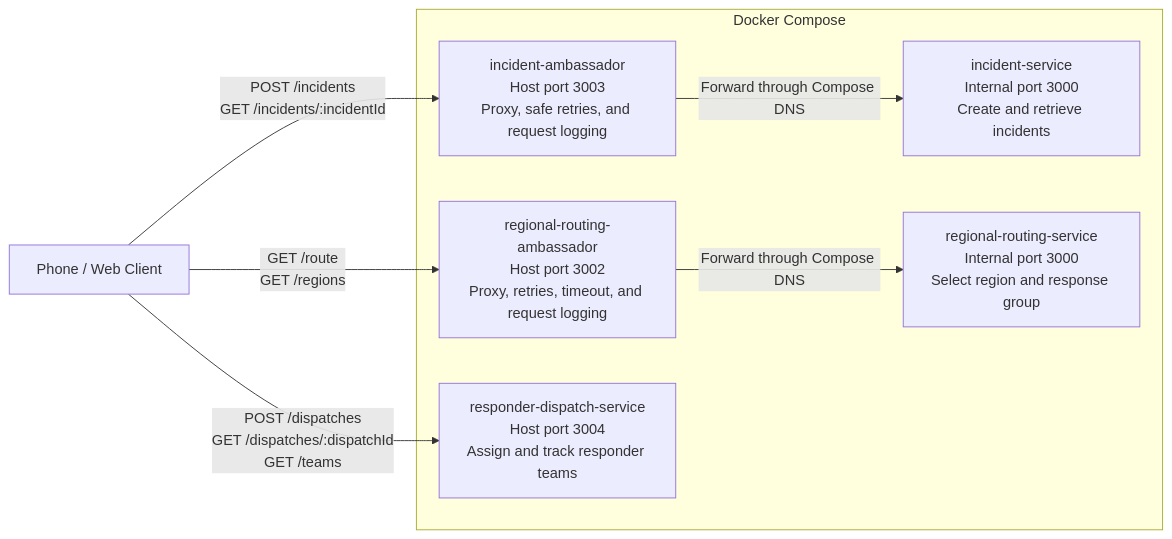
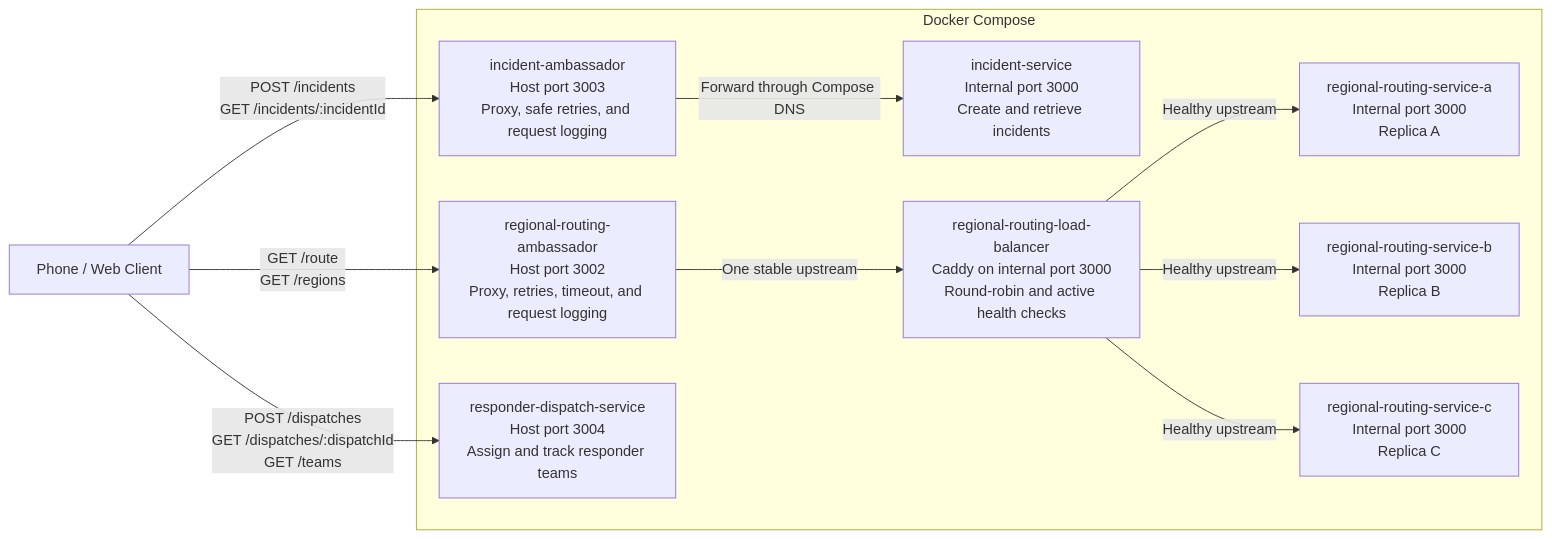
One commit to Dos0n/426-project-bay-blues changed the diagram in docs/SERVICES.md. Above: the diagram before and after it, drawn with Mermaid. The commit also changed other lines of this file and 3 other files, not shown here.

Commit message:
Load balance routing replicas with Caddy

````diff
--- a/docs/SERVICES.md
+++ b/docs/SERVICES.md
@@ -12,18 +14,24 @@
 ```mermaid
 flowchart LR
     client[Phone / Web Client]
 
     subgraph compose[Docker Compose]
         incident[incident-service<br/>Internal port 3000<br/>Create and retrieve incidents]
         incidentAmbassador[incident-ambassador<br/>Host port 3003<br/>Proxy, safe retries, and request logging]
-        ambassador[regional-routing-ambassador<br/>Host port 3002<br/>Proxy, retries, timeout, and request logging]
-        routing[regional-routing-service<br/>Internal port 3000<br/>Select region and response group]
+        routingAmbassador[regional-routing-ambassador<br/>Host port 3002<br/>Proxy, retries, timeout, and request logging]
+        routingLoadBalancer[regional-routing-load-balancer<br/>Caddy on internal port 3000<br/>Round-robin and active health checks]
+        routingA[regional-routing-service-a<br/>Internal port 3000<br/>Replica A]
+        routingB[regional-routing-service-b<br/>Internal port 3000<br/>Replica B]
+        routingC[regional-routing-service-c<br/>Internal port 3000<br/>Replica C]
         dispatch[responder-dispatch-service<br/>Host port 3004<br/>Assign and track responder teams]
     end
 
     client -->|POST /incidents<br/>GET /incidents/:incidentId| incidentAmbassador
     incidentAmbassador -->|Forward through Compose DNS| incident
-    client -->|GET /route<br/>GET /regions| ambassador
-    ambassador -->|Forward through Compose DNS| routing
+    client -->|GET /route<br/>GET /regions| routingAmbassador
+    routingAmbassador -->|One stable upstream| routingLoadBalancer
+    routingLoadBalancer -->|Healthy upstream| routingA
+    routingLoadBalancer -->|Healthy upstream| routingB
+    routingLoadBalancer -->|Healthy upstream| routingC
     client -->|POST /dispatches<br/>GET /dispatches/:dispatchId<br/>GET /teams| dispatch
 ```
````
